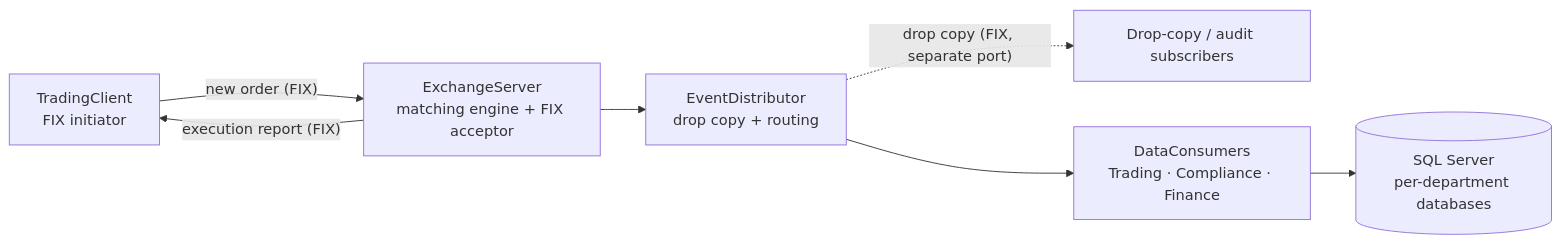
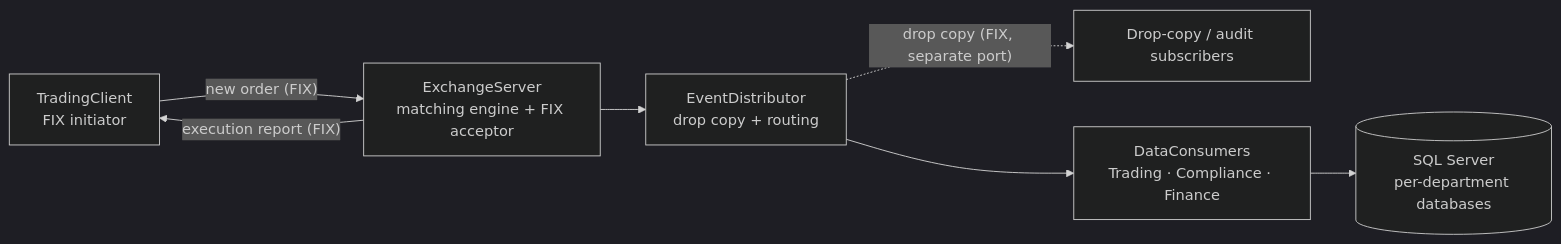
The diagram in exchange-simulator/README.md (MajKong7/case-studies), drawn with Mermaid before and after one commit.

````diff
--- a/exchange-simulator/README.md
+++ b/exchange-simulator/README.md
@@ -17,9 +17,10 @@
 ```mermaid
+%%{init: {'theme':'dark'}}%%
 flowchart LR
   TC["TradingClient<br/>FIX initiator"] -- "new order (FIX)" --> EX["ExchangeServer<br/>matching engine + FIX acceptor"]
   EX -- "execution report (FIX)" --> TC
   EX --> ED["EventDistributor<br/>drop copy + routing"]
   ED -. "drop copy (FIX, separate port)" .-> SUB["Drop-copy / audit subscribers"]
   ED --> DC["DataConsumers<br/>Trading · Compliance · Finance"]
   DC --> DB[("SQL Server<br/>per-department databases")]
 ```
````
